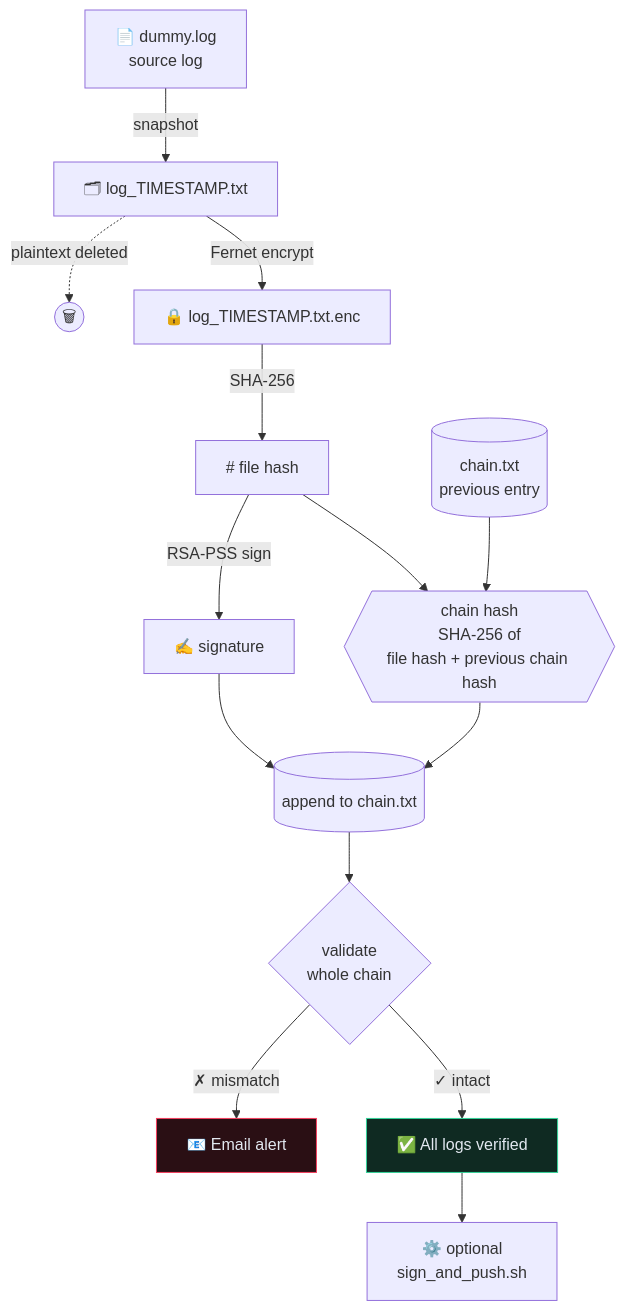
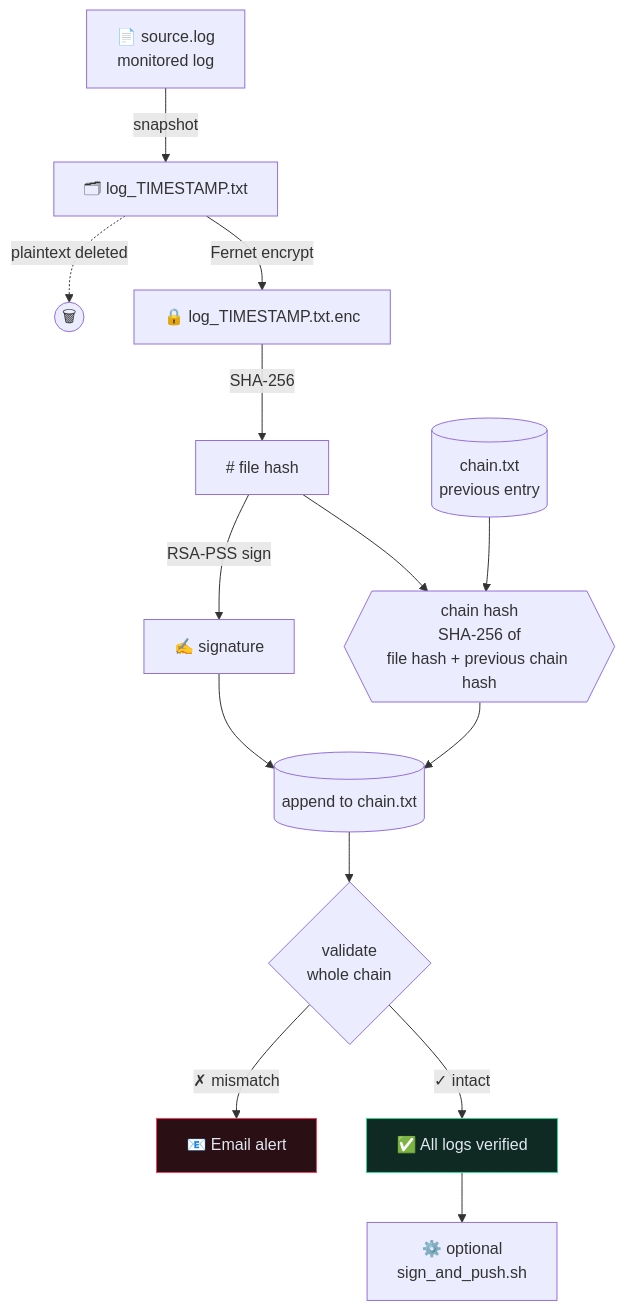
One commit to Advithrai/LogSec_IDC changed the diagram in README.md. Above: the diagram before and after it, drawn with Mermaid. The commit also changed other lines of this file and 4 other files, not shown here.

Commit message:
Rename dummy.log to source.log and make the source log configurable

````diff
--- a/README.md
+++ b/README.md
@@ -44,21 +44,21 @@
 ```mermaid
 flowchart TB
-    A[📄 dummy.log<br/>source log] -->|snapshot| B[🗂 log_TIMESTAMP.txt]
+    A[📄 source.log<br/>monitored log] -->|snapshot| B[🗂 log_TIMESTAMP.txt]
     B -->|Fernet encrypt| C[🔒 log_TIMESTAMP.txt.enc]
     B -.->|plaintext deleted| X((🗑))
     C -->|SHA-256| D[# file hash]
     D --> E{{chain hash<br/>SHA-256 of<br/>file hash + previous chain hash}}
     P[(chain.txt<br/>previous entry)] --> E
     D -->|RSA-PSS sign| S[✍️ signature]
     E --> W[(append to chain.txt)]
     S --> W
     W --> V{validate<br/>whole chain}
     V -->|✓ intact| OK[✅ All logs verified]
     V -->|✗ mismatch| AL[📧 Email alert]
     OK --> H[⚙️ optional<br/>sign_and_push.sh]
 
     classDef ok fill:#0f2a22,stroke:#34d399,color:#e2e8f0
     classDef bad fill:#2a0f14,stroke:#f43f5e,color:#e2e8f0
     class OK ok
     class AL bad
 ```
````
